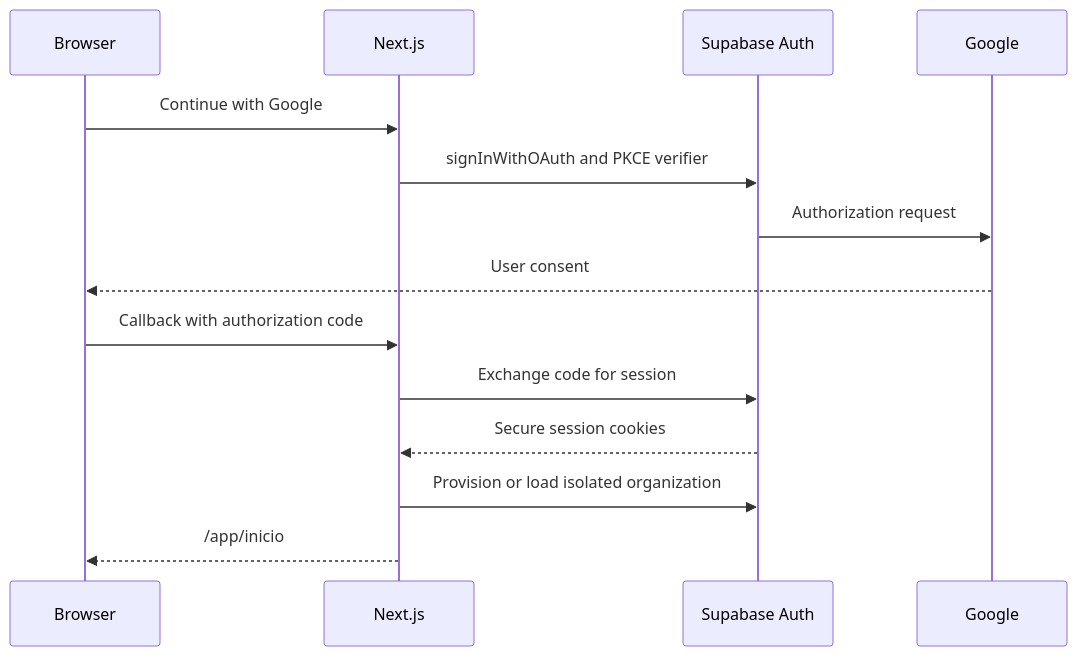
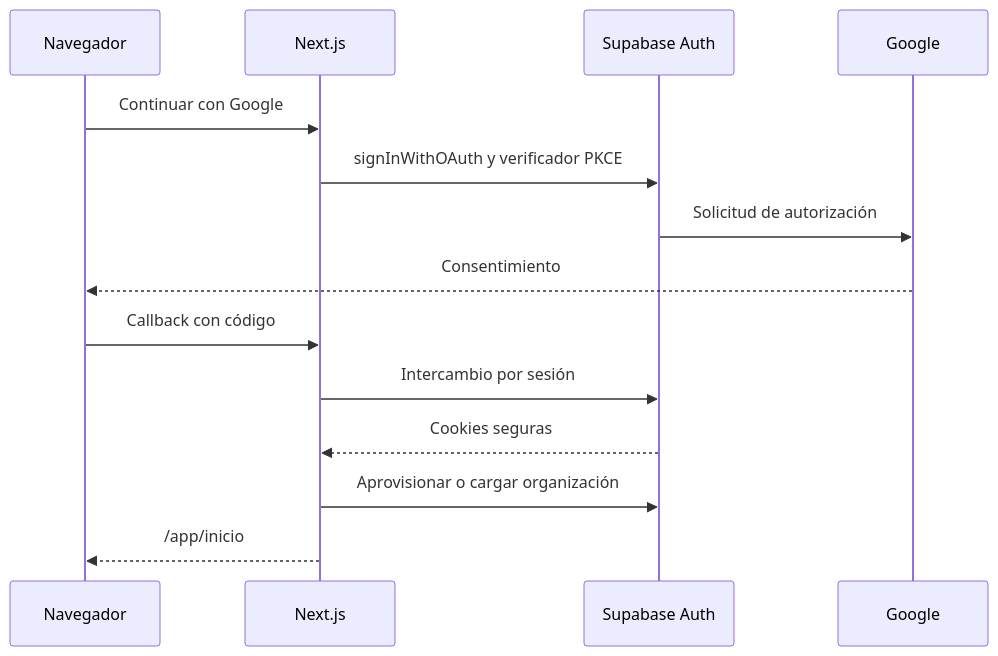
The fourth of 9 diagrams in docs/TECHNICAL-CASE-STUDY.md (antoniojesusdelgado/management-platform-demo), drawn with Mermaid before and after one commit. The commit also changed other lines of this file and 34 other files, not shown here.

````diff
--- a/docs/TECHNICAL-CASE-STUDY.md
+++ b/docs/TECHNICAL-CASE-STUDY.md
@@ -98,16 +109,16 @@
 ```mermaid
 sequenceDiagram
-  participant B as Browser
+  participant B as Navegador
   participant N as Next.js
   participant S as Supabase Auth
   participant G as Google
-  B->>N: Continue with Google
-  N->>S: signInWithOAuth and PKCE verifier
-  S->>G: Authorization request
-  G-->>B: User consent
-  B->>N: Callback with authorization code
-  N->>S: Exchange code for session
-  S-->>N: Secure session cookies
-  N->>S: Provision or load isolated organization
+  B->>N: Continuar con Google
+  N->>S: signInWithOAuth y verificador PKCE
+  S->>G: Solicitud de autorización
+  G-->>B: Consentimiento
+  B->>N: Callback con código
+  N->>S: Intercambio por sesión
+  S-->>N: Cookies seguras
+  N->>S: Aprovisionar o cargar organización
   N-->>B: /app/inicio
 ```
````
